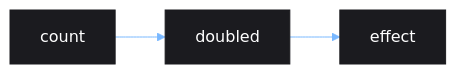
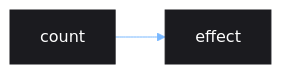
The diagram in docs/tut/crash-course/5-effect.md (centau/vide), drawn with Mermaid before and after one commit. The commit also changed other lines of this file and 13 other files, not shown here.

````diff
--- a/docs/tut/crash-course/5-effect.md
+++ b/docs/tut/crash-course/5-effect.md
@@ -63,16 +55,18 @@
 ```mermaid
 %%{init: {
     "theme": "base",
     "themeVariables": {
         "primaryColor": "#1B1B1F",
         "primaryTextColor": "#fff",
         "primaryBorderColor": "#1B1B1F",
         "lineColor": "#79B8FF",
         "tertiaryColor": "#161618",
-        "tertiaryBorderColor": "#161618"
+        "tertiaryBorderColor": "#fff"
     }
 }}%%
 
 flowchart LR
-    count --> doubled --> effect
+
+count --> effect
+
 ```
````
